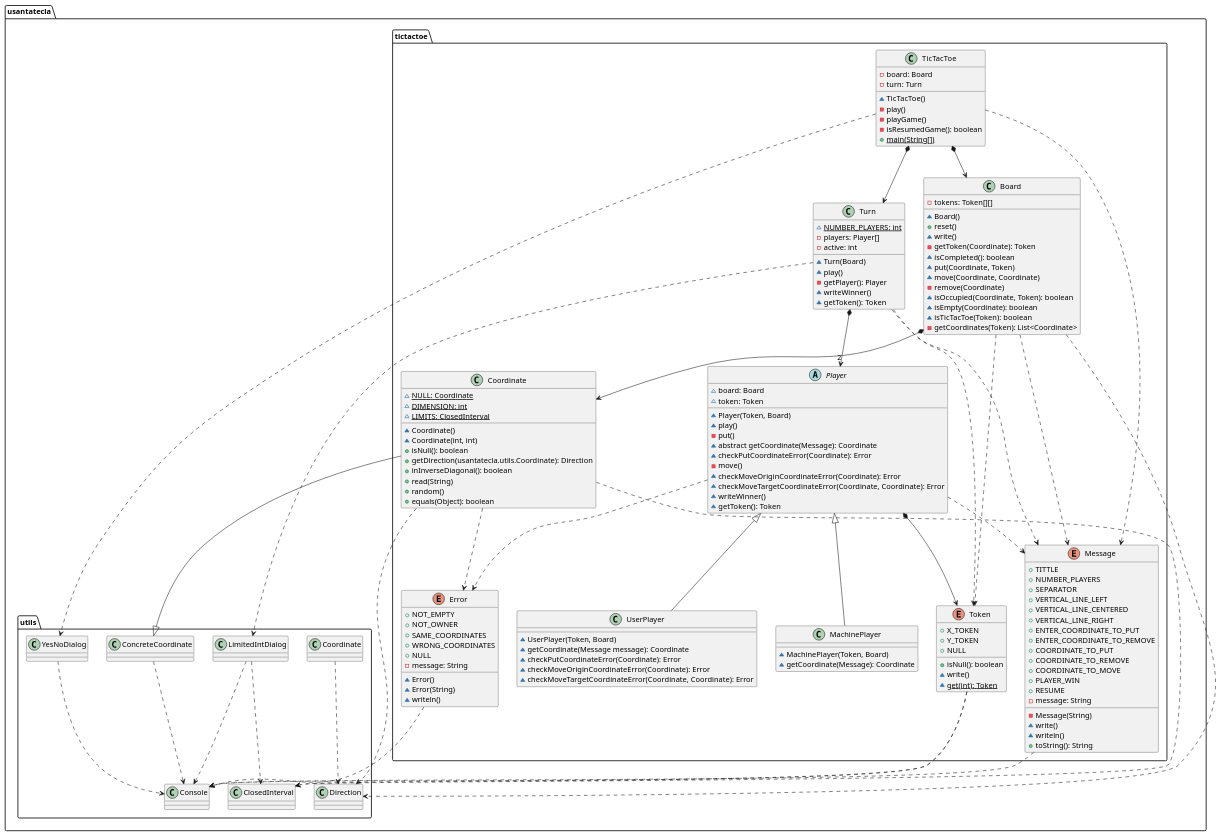
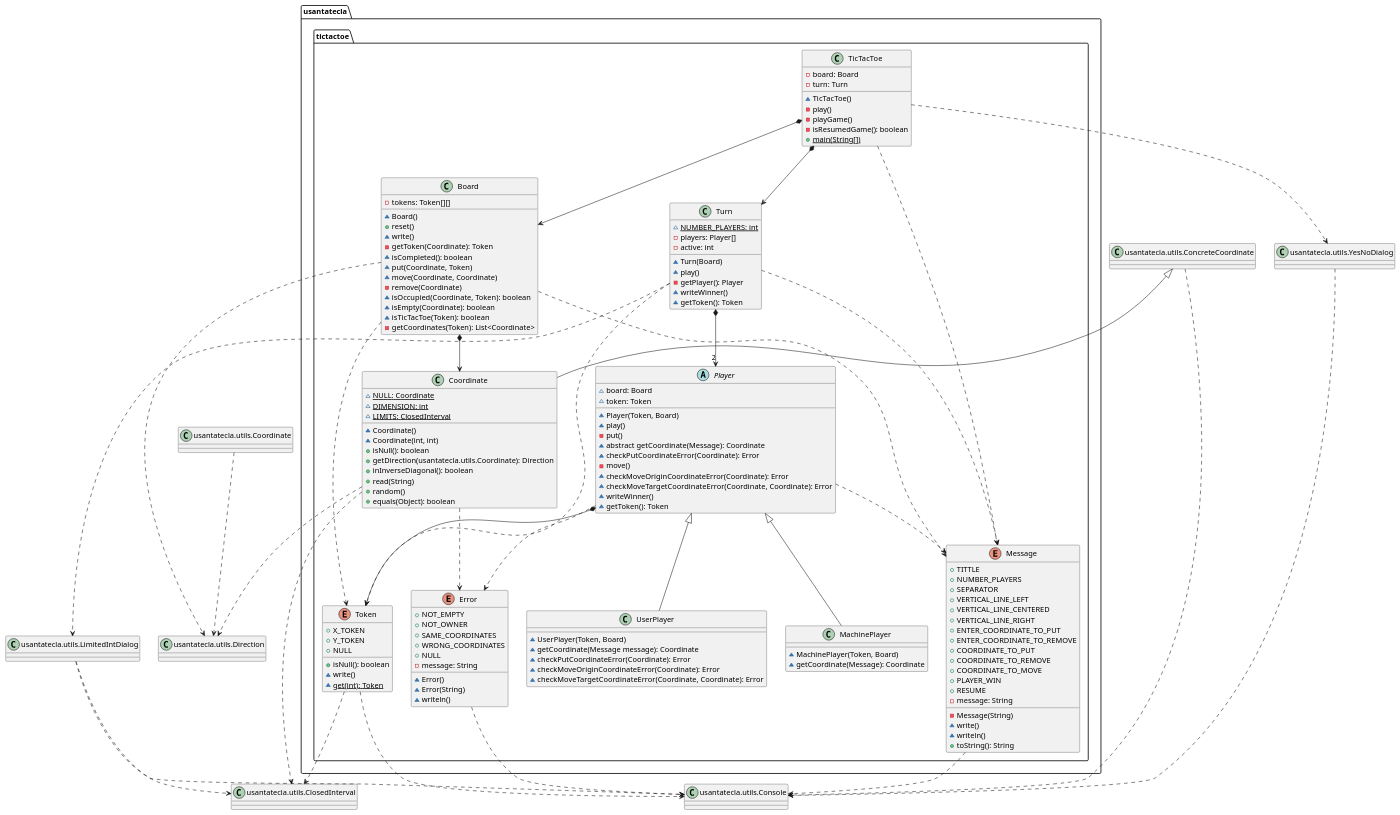
One commit to Jolucaa/USantaTecla-project-ticTacToe changed the first of 2 diagrams in domainModel/docs/diagrams/src/paquetes.plantuml. Above: the diagram before and after it, drawn with PlantUML. The commit also changed 4 other files, not shown here.

Commit message:
Some changes in domainModel diagrams

```diff
--- a/domainModel/docs/diagrams/src/paquetes.plantuml
+++ b/domainModel/docs/diagrams/src/paquetes.plantuml
@@ -1,165 +1,193 @@
 @startuml tictactoe
 namespace usantatecla.tictactoe {
 class Board {
 	- tokens: Token[][] 
 	~ Board()
 	+ reset() 
 	~ write() 
 	- getToken(Coordinate): Token 
 	~ isCompleted(): boolean 
 	~ put(Coordinate, Token) 
 	~ move(Coordinate, Coordinate) 
 	- remove(Coordinate) 
 	~ isOccupied(Coordinate, Token): boolean 
 	~ isEmpty(Coordinate): boolean
 	~ isTicTacToe(Token): boolean
 	- getCoordinates(Token): List<Coordinate> 
 }
 
 class Coordinate {
 	~ NULL: {static} Coordinate
 	~ DIMENSION: {static} int 
 	~ LIMITS: {static} ClosedInterval 
 	~ Coordinate()
 	~ Coordinate(int, int)
 	+ isNull(): boolean 
 	+ getDirection(usantatecla.utils.Coordinate): Direction 
 	+ inInverseDiagonal(): boolean 
 	+ read(String)
 	+ random() 
 	+ equals(Object): boolean 
 }
 
 enum Error {
 
 	+ NOT_EMPTY
 	+ NOT_OWNER
 	+ SAME_COORDINATES
 	+ WRONG_COORDINATES
 	+ NULL
 	- message: String 
 	~ Error()
 	~ Error(String)
 	~ writeln()
 }
 
 class MachinePlayer {
 	~ MachinePlayer(Token, Board)
 	~ getCoordinate(Message): Coordinate 
 }
 
 enum Message {
 	+ TITTLE
 	+ NUMBER_PLAYERS
 	+ SEPARATOR
 	+ VERTICAL_LINE_LEFT
 	+ VERTICAL_LINE_CENTERED
 	+ VERTICAL_LINE_RIGHT
 	+ ENTER_COORDINATE_TO_PUT
 	+ ENTER_COORDINATE_TO_REMOVE
 	+ COORDINATE_TO_PUT
 	+ COORDINATE_TO_REMOVE
 	+ COORDINATE_TO_MOVE
 	+ PLAYER_WIN
 	+ RESUME
 	- message: String 
 	- Message(String)
 	~ write()
 	~ writeln()
 	+ toString(): String 
 }
 
 
 abstract class Player {
 	~ board: Board 
 	~ token: Token 
 	~ Player(Token, Board)
 	~ play()
 	- put()
 	~ abstract getCoordinate(Message): Coordinate 
 	~ checkPutCoordinateError(Coordinate): Error 
 	- move()
 	~ checkMoveOriginCoordinateError(Coordinate): Error 
 	~ checkMoveTargetCoordinateError(Coordinate, Coordinate): Error 
 	~ writeWinner()
 	~ getToken(): Token 
 }
 
 class TicTacToe{
     - board: Board 
 	- turn: Turn 
     ~ TicTacToe()
 	- play()
     - playGame()
 	- isResumedGame(): boolean
 	+ {static} main(String[])
 }
 
 enum Token {
 	+ X_TOKEN
 	+ Y_TOKEN
 	+ NULL
     + isNull(): boolean 
     ~ write()
     ~ {static} get(int): Token 
 }
 
 class Turn {
 	~ NUMBER_PLAYERS: {static} int 
 	- players: Player[] 
 	- active: int 
 	~ Turn(Board)
 	~ play()
 	- getPlayer(): Player 
 	~ writeWinner()
 	~ getToken(): Token  
 }
 
 class UserPlayer extends Player {
 	~ UserPlayer(Token, Board)
 	~ getCoordinate(Message message): Coordinate
 	~ checkPutCoordinateError(Coordinate): Error 
 	~ checkMoveOriginCoordinateError(Coordinate): Error
 	~ checkMoveTargetCoordinateError(Coordinate, Coordinate): Error
 }
 
 TicTacToe *-down-> Board
 TicTacToe *-down-> Turn
 
 Board .down.> Token
 Turn .down.> Token
 Player *-down-> Token
 Turn *-down-> "2" Player
 Board *-down-> Coordinate
 Player <|-down- MachinePlayer
 Coordinate .down.> Error
 Player .down.> Error
 Board .down.> Message
 Player .down.> Message
 TicTacToe .down.> Message
 Turn .down.> Message
 
 }
 
-usantatecla.utils.ConcreteCoordinate <|-down- usantatecla.tictactoe.Coordinate
+class ConcreteCoordinate as "usantatecla.utils.ConcreteCoordinate"{
 
-usantatecla.tictactoe.Coordinate .down.> usantatecla.utils.ClosedInterval
-usantatecla.tictactoe.Token .down.> usantatecla.utils.ClosedInterval
-usantatecla.utils.LimitedIntDialog .down.> usantatecla.utils.ClosedInterval
+}
+
+class ClosedInterval as "usantatecla.utils.ClosedInterval"{
+	
+}
+
+class Console as "usantatecla.utils.Console"{
+	
+}
+
+class LimitedIntDialog as "usantatecla.utils.LimitedIntDialog"{
+	
+}
+
+class YesNoDialog as "usantatecla.utils.YesNoDialog"{
+	
+}
+
+class Direction as "usantatecla.utils.Direction"{
+	
+}
+
+class Coordinate as "usantatecla.utils.Coordinate"{
+	
+}
+
+ConcreteCoordinate <|-down- usantatecla.tictactoe.Coordinate
+
+usantatecla.tictactoe.Coordinate .down.> ClosedInterval
+usantatecla.tictactoe.Token .down.> ClosedInterval
+LimitedIntDialog .down.> ClosedInterval
 
 
-usantatecla.tictactoe.Error .down.> usantatecla.utils.Console
-usantatecla.tictactoe.Message .down.> usantatecla.utils.Console
-usantatecla.tictactoe.Token .down.> usantatecla.utils.Console
-usantatecla.utils.ConcreteCoordinate .down.> usantatecla.utils.Console
-usantatecla.utils.LimitedIntDialog .down.> usantatecla.utils.Console
-usantatecla.utils.YesNoDialog .down.> usantatecla.utils.Console
+usantatecla.tictactoe.Error .down.> Console
+usantatecla.tictactoe.Message .down.> Console
+usantatecla.tictactoe.Token .down.> Console
+ConcreteCoordinate .down.> Console
+LimitedIntDialog .down.> Console
+YesNoDialog .down.> Console
 
 
-usantatecla.tictactoe.Turn .down.> usantatecla.utils.LimitedIntDialog
-usantatecla.tictactoe.TicTacToe .down.> usantatecla.utils.YesNoDialog
+usantatecla.tictactoe.Turn .down.> LimitedIntDialog
+usantatecla.tictactoe.TicTacToe .down.> YesNoDialog
 
-usantatecla.tictactoe.Board .down.> usantatecla.utils.Direction
-usantatecla.tictactoe.Coordinate .down.> usantatecla.utils.Direction
-usantatecla.utils.Coordinate .down.> usantatecla.utils.Direction
+usantatecla.tictactoe.Board .down.> Direction
+usantatecla.tictactoe.Coordinate .down.> Direction
+Coordinate .down.> Direction
 @enduml
```
